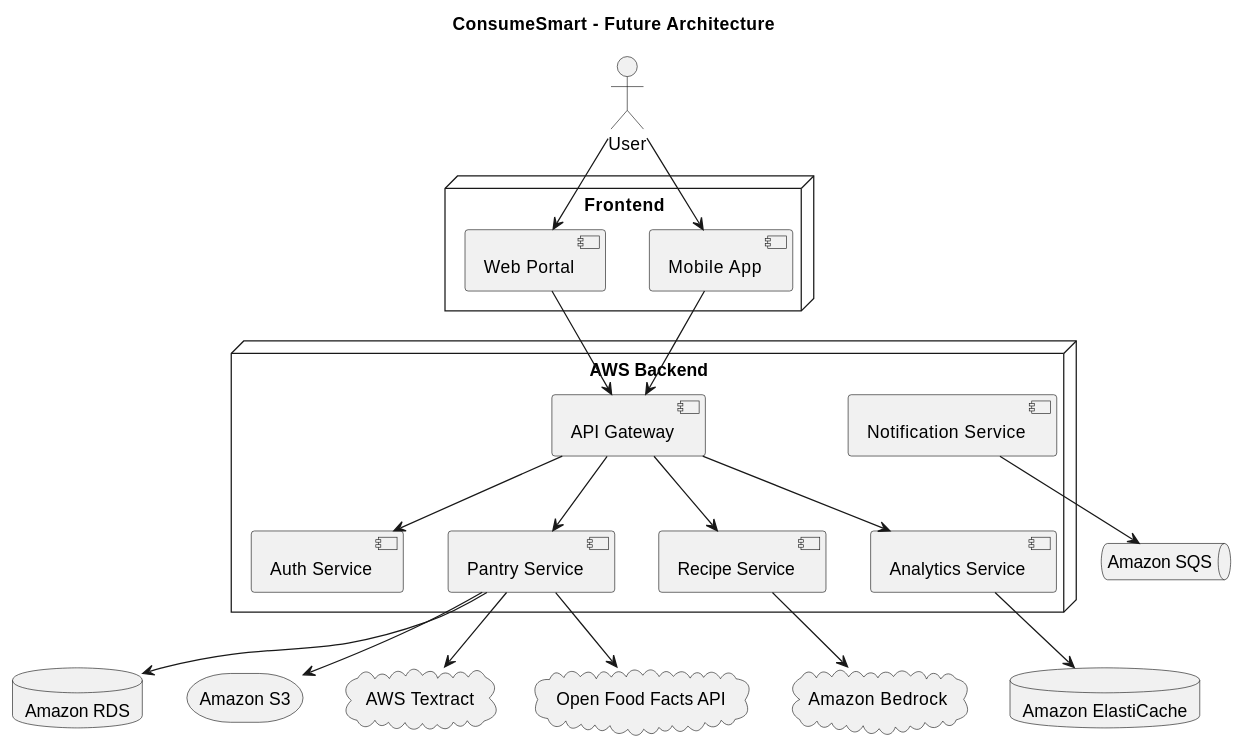
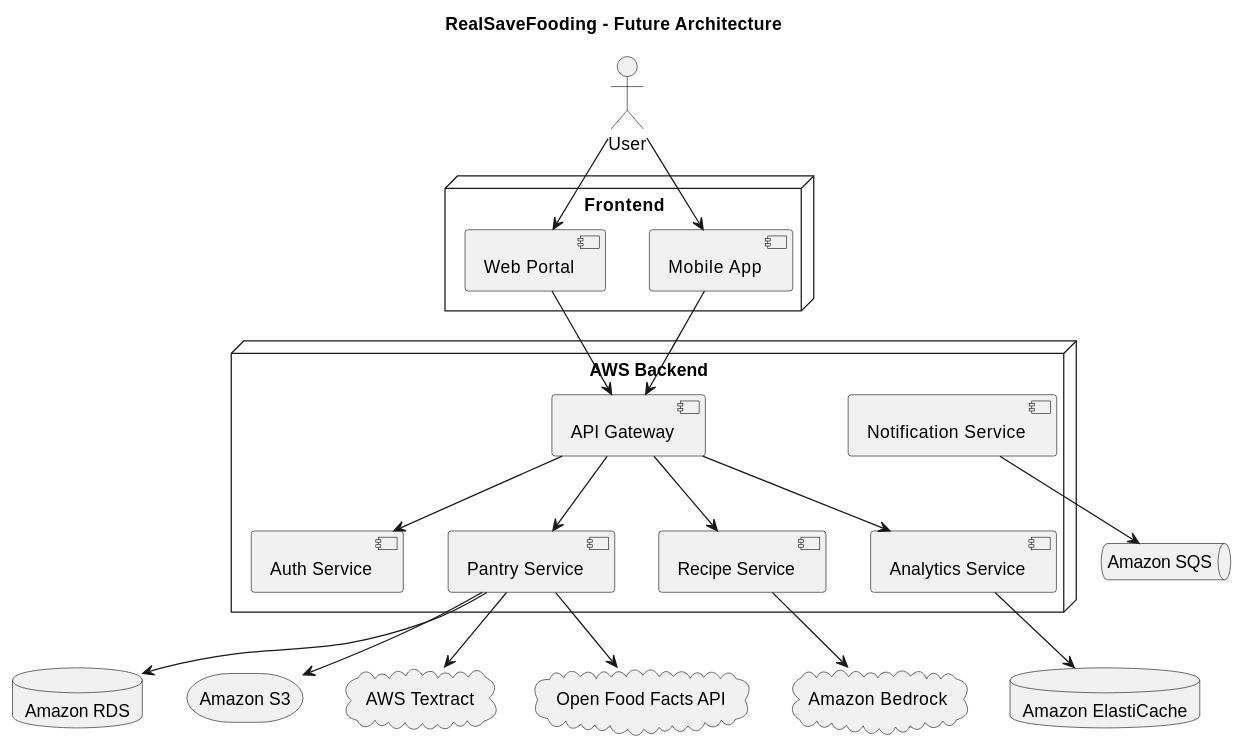
The fifth of 6 diagrams in docs/architecture/architecture.md (LIDR-academy/AI4Devs-finalproject), drawn with PlantUML before and after one commit. The commit also changed other lines of this file and 12 other files, not shown here.

Commit message:
Refactor project wrong references from ConsumeSmart to RealSaveFooding across documentation and configuration files

````diff
--- a/docs/architecture/architecture.md
+++ b/docs/architecture/architecture.md
@@ -200,68 +200,68 @@
 ```plantuml
 @startuml
-title ConsumeSmart - Future Architecture
+title RealSaveFooding - Future Architecture
 
 actor User
 
 node "Frontend" {
     [Mobile App]
     [Web Portal]
 }
 
 node "AWS Backend" {
 
     [API Gateway]
 
     [Auth Service]
 
     [Pantry Service]
 
     [Recipe Service]
 
     [Analytics Service]
 
     [Notification Service]
 
 }
 
 database "Amazon RDS"
 
 database "Amazon ElastiCache"
 
 queue "Amazon SQS"
 
 storage "Amazon S3"
 
 cloud "Amazon Bedrock"
 
 cloud "AWS Textract"
 
 cloud "Open Food Facts API"
 
 User --> [Mobile App]
 User --> [Web Portal]
 
 [Mobile App] --> [API Gateway]
 [Web Portal] --> [API Gateway]
 
 [API Gateway] --> [Auth Service]
 [API Gateway] --> [Pantry Service]
 [API Gateway] --> [Recipe Service]
 [API Gateway] --> [Analytics Service]
 
 [Pantry Service] --> "Amazon RDS"
 
 [Recipe Service] --> "Amazon Bedrock"
 
 [Pantry Service] --> "Open Food Facts API"
 
 [Analytics Service] --> "Amazon ElastiCache"
 
 [Notification Service] --> "Amazon SQS"
 
 [Pantry Service] --> "Amazon S3"
 
 [Pantry Service] --> "AWS Textract"
 
 @enduml
 ```
````
